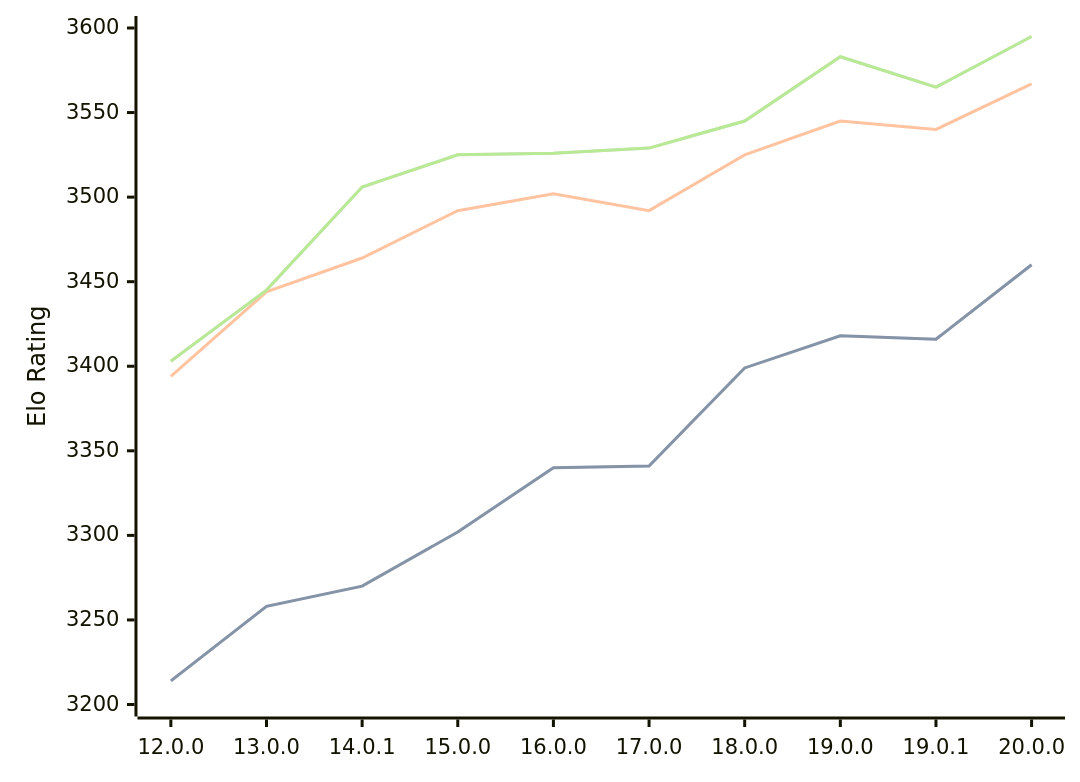
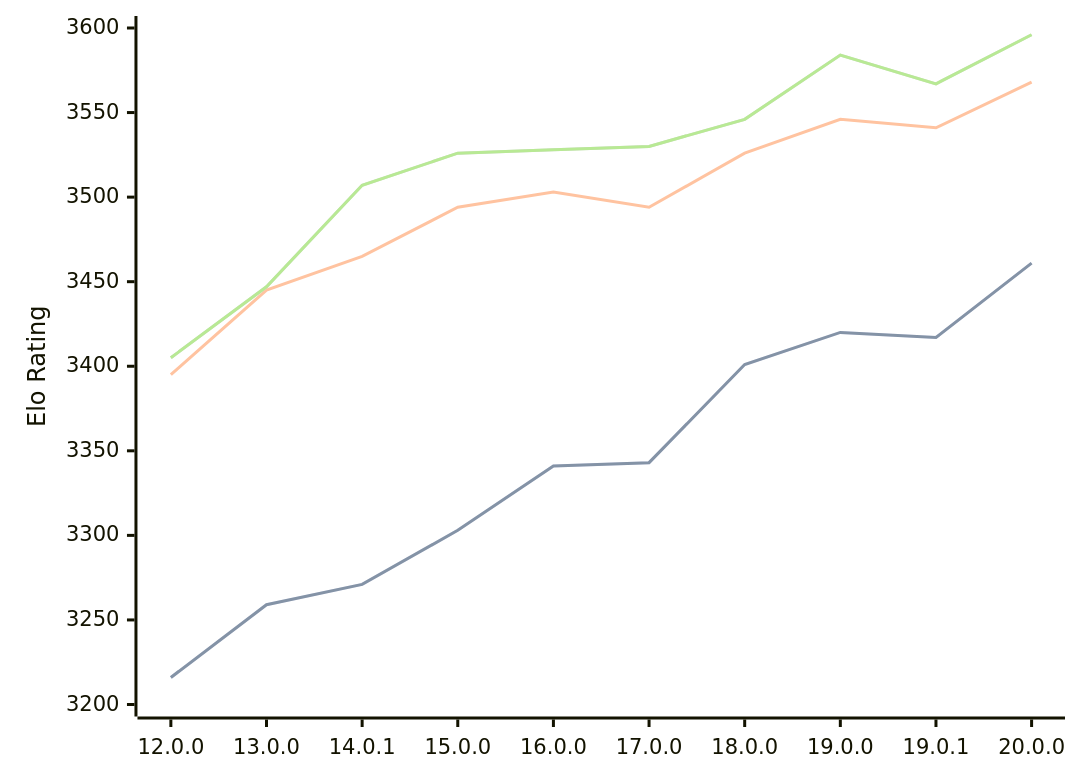
The diagram in engines/Viridithas.md (computer-chess-index/cci), drawn with Mermaid before and after one commit. The commit also changed other lines of this file, not shown here.

Commit message:
Update CCI Ratings (ELO VLTC) - 2026-10-09

````diff
--- a/engines/Viridithas.md
+++ b/engines/Viridithas.md
@@ -40,11 +40,11 @@
 ```mermaid
 %%{init: {"theme":"base","themeVariables":{"seriesColors:['#a3a3a3','#222221','#faa371']}}}%%
 xychart-beta
   x-axis ["12.0.0", "13.0.0", "14.0.1", "15.0.0", "16.0.0", "17.0.0", "18.0.0", "19.0.0", "19.0.1", "20.0.0"]
   y-axis "Elo Rating" 3200 --> 3600
-  line "" [3214, 3258, 3270, 3302, 3340, 3341, 3399, 3418, 3416, 3460]
-  line "STC (8.0+0.08s)" [3214, 3258, 3270, 3302, 3340, 3341, 3399, 3418, 3416, 3460]
-  line "LTC (60.0+0.60s)" [3394, 3444, 3464, 3492, 3502, 3492, 3525, 3545, 3540, 3567]
-  line "" [3403, 3445, 3506, 3525, 3526, 3529, 3545, 3583, 3565, 3595]
-  line "VLTC (2m24s+1.12s)" [3403, 3445, 3506, 3525, 3526, 3529, 3545, 3583, 3565, 3595]
+  line "" [3216, 3259, 3271, 3303, 3341, 3343, 3401, 3420, 3417, 3461]
+  line "STC (8.0+0.08s)" [3216, 3259, 3271, 3303, 3341, 3343, 3401, 3420, 3417, 3461]
+  line "LTC (60.0+0.60s)" [3395, 3445, 3465, 3494, 3503, 3494, 3526, 3546, 3541, 3568]
+  line "" [3405, 3447, 3507, 3526, 3528, 3530, 3546, 3584, 3567, 3596]
+  line "VLTC (2m24s+1.12s)" [3405, 3447, 3507, 3526, 3528, 3530, 3546, 3584, 3567, 3596]
 ```
````
